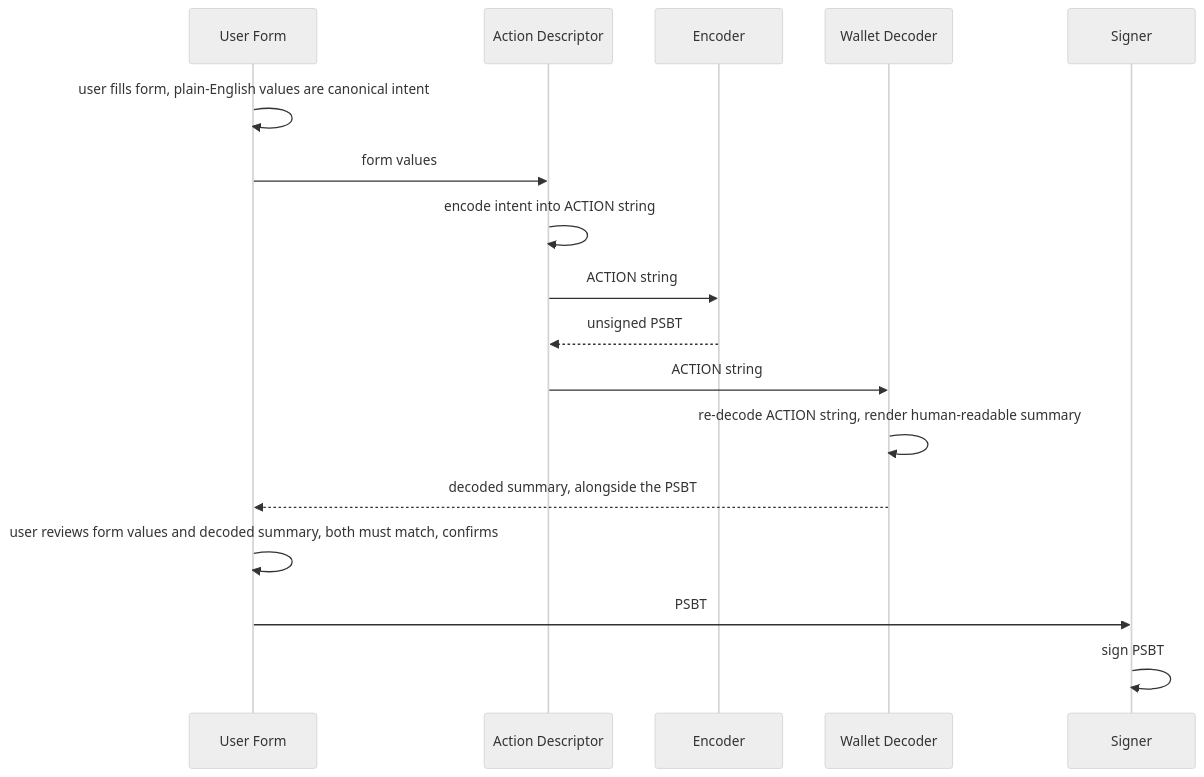
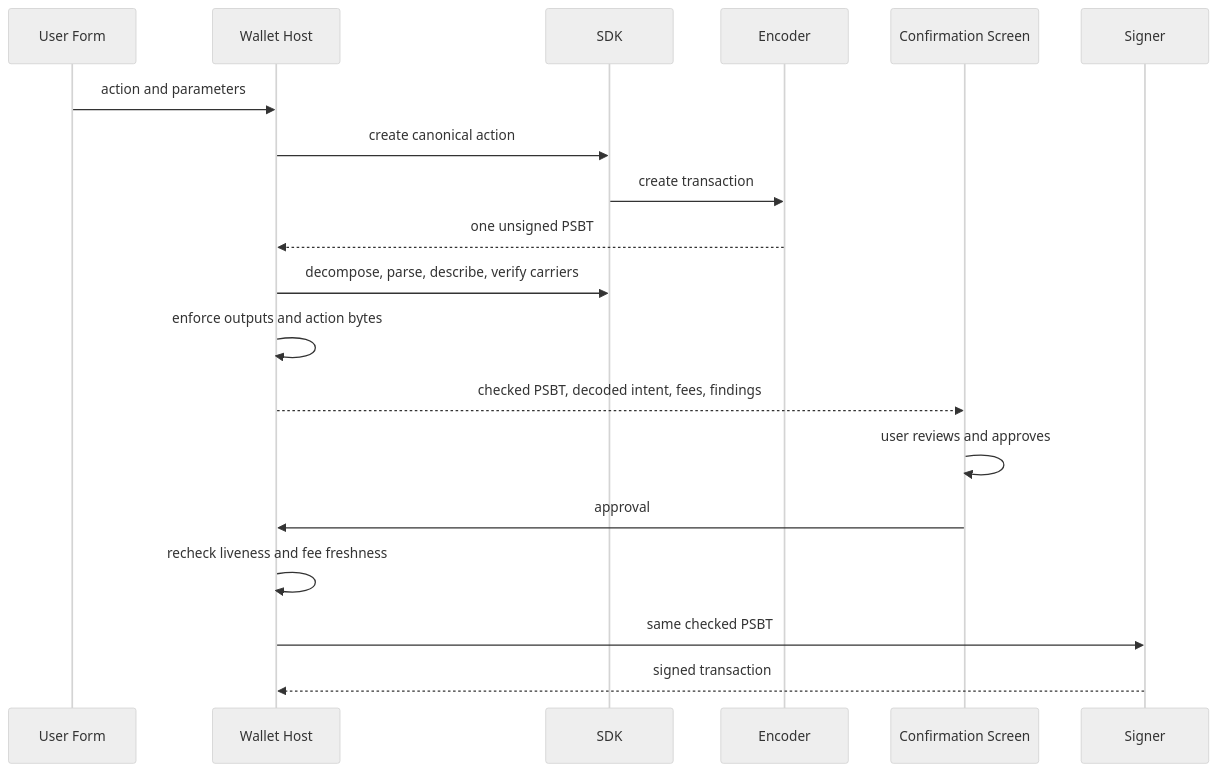
The diagram in components/wallet/security.md (XChain-Platform/xchain-documentation), drawn with Mermaid (neutral theme) before and after one commit. The commit also changed other lines of this file, not shown here.

Commit message:
Correct wallet security documentation

````diff
--- a/components/wallet/security.md
+++ b/components/wallet/security.md
@@ -81,20 +84,22 @@
 ```mermaid
 sequenceDiagram
     participant UserForm as User Form
-    participant ActionDescriptor as Action Descriptor
+    participant WalletHost as Wallet Host
+    participant SDK
     participant Encoder
-    participant WalletDecoder as Wallet Decoder
+    participant Confirm as Confirmation Screen
     participant Signer
 
-    UserForm->>UserForm: user fills form, plain-English values are canonical intent
-    UserForm->>ActionDescriptor: form values
-    ActionDescriptor->>ActionDescriptor: encode intent into ACTION string
-    ActionDescriptor->>Encoder: ACTION string
-    Encoder-->>ActionDescriptor: unsigned PSBT
-    ActionDescriptor->>WalletDecoder: ACTION string
-    WalletDecoder->>WalletDecoder: re-decode ACTION string, render human-readable summary
-    WalletDecoder-->>UserForm: decoded summary, alongside the PSBT
-    UserForm->>UserForm: user reviews form values and decoded summary, both must match, confirms
-    UserForm->>Signer: PSBT
-    Signer->>Signer: sign PSBT
+    UserForm->>WalletHost: action and parameters
+    WalletHost->>SDK: create canonical action
+    SDK->>Encoder: create transaction
+    Encoder-->>WalletHost: one unsigned PSBT
+    WalletHost->>SDK: decompose, parse, describe, verify carriers
+    WalletHost->>WalletHost: enforce outputs and action bytes
+    WalletHost-->>Confirm: checked PSBT, decoded intent, fees, findings
+    Confirm->>Confirm: user reviews and approves
+    Confirm->>WalletHost: approval
+    WalletHost->>WalletHost: recheck liveness and fee freshness
+    WalletHost->>Signer: same checked PSBT
+    Signer-->>WalletHost: signed transaction
 ```
````
